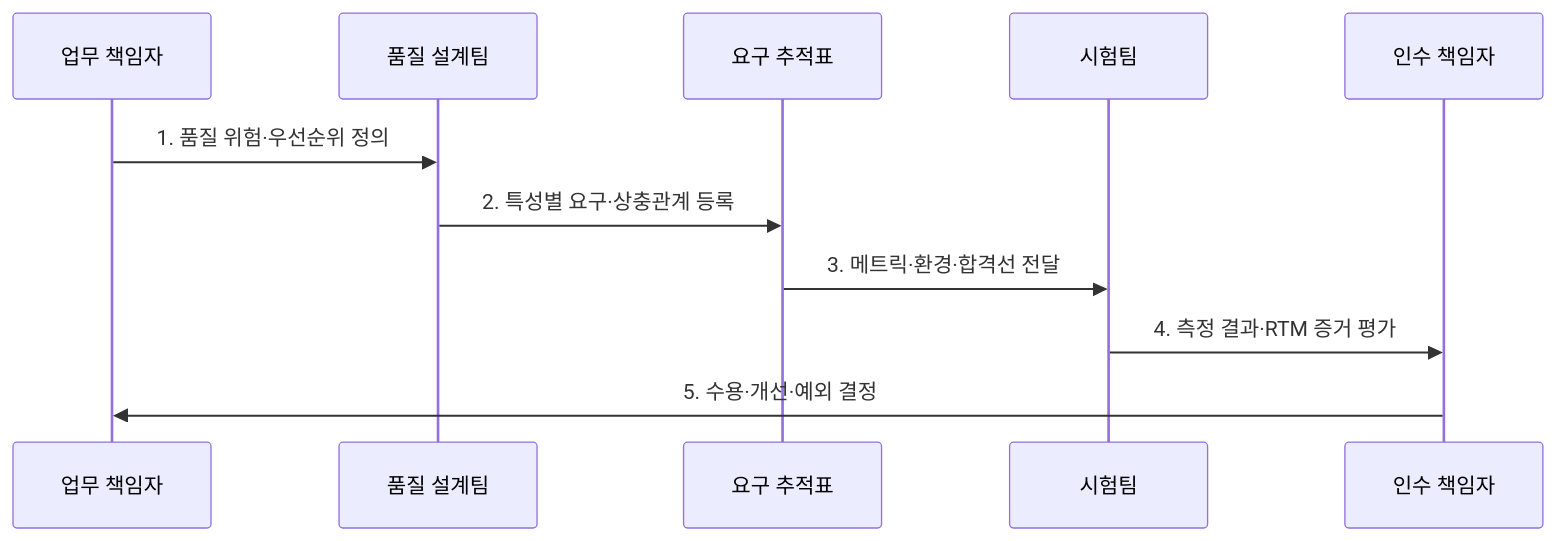
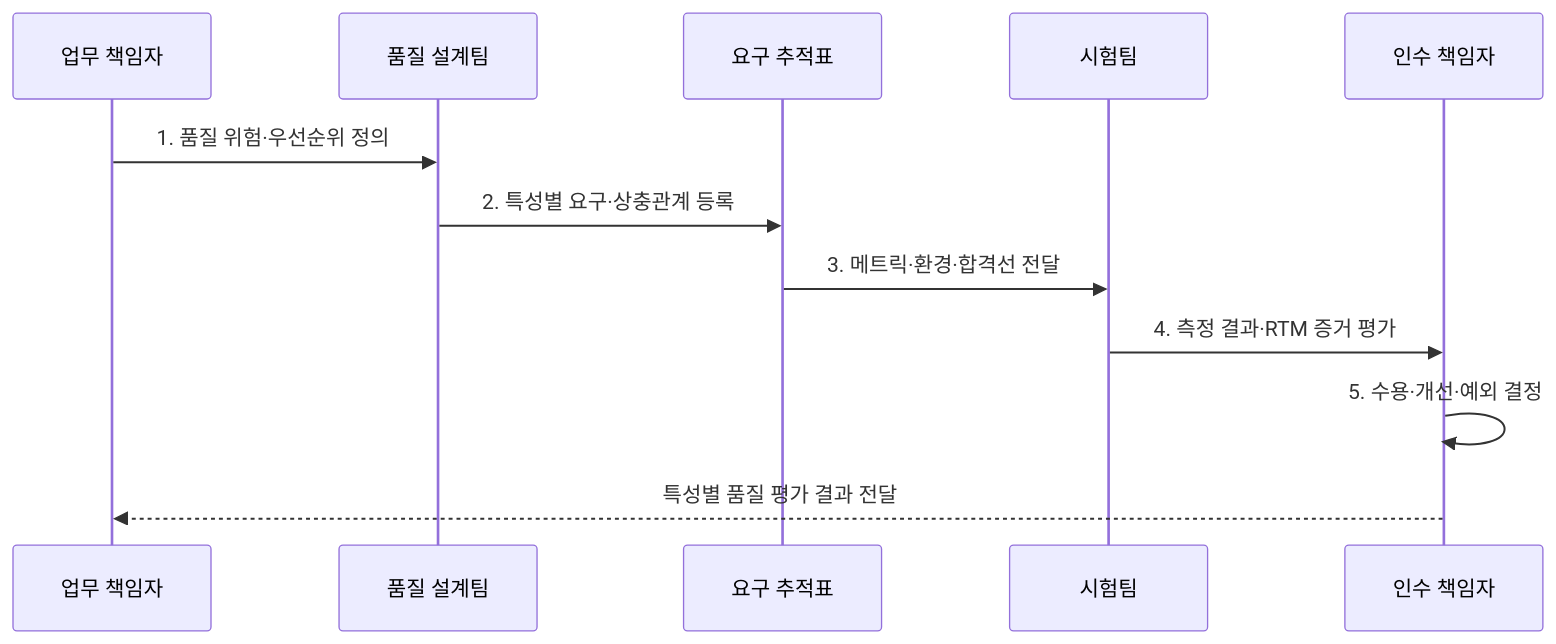
The second of 2 diagrams in src/content/docs/notes/06-evaluation/030_quality_characteristics.md (agnusdei1207/knowledge-base), drawn with Mermaid before and after one commit. The commit also changed other lines of this file and 20 other files, not shown here.

````diff
--- a/src/content/docs/notes/06-evaluation/030_quality_characteristics.md
+++ b/src/content/docs/notes/06-evaluation/030_quality_characteristics.md
@@ -90,13 +90,14 @@
 ```mermaid
 sequenceDiagram
   participant B as 업무 책임자
   participant Q as 품질 설계팀
   participant R as 요구 추적표
   participant T as 시험팀
   participant A as 인수 책임자
   B->>Q: 1. 품질 위험·우선순위 정의
   Q->>R: 2. 특성별 요구·상충관계 등록
   R->>T: 3. 메트릭·환경·합격선 전달
   T->>A: 4. 측정 결과·RTM 증거 평가
-  A->>B: 5. 수용·개선·예외 결정
+  A->>A: 5. 수용·개선·예외 결정
+  A-->>B: 특성별 품질 평가 결과 전달
 ```
````
